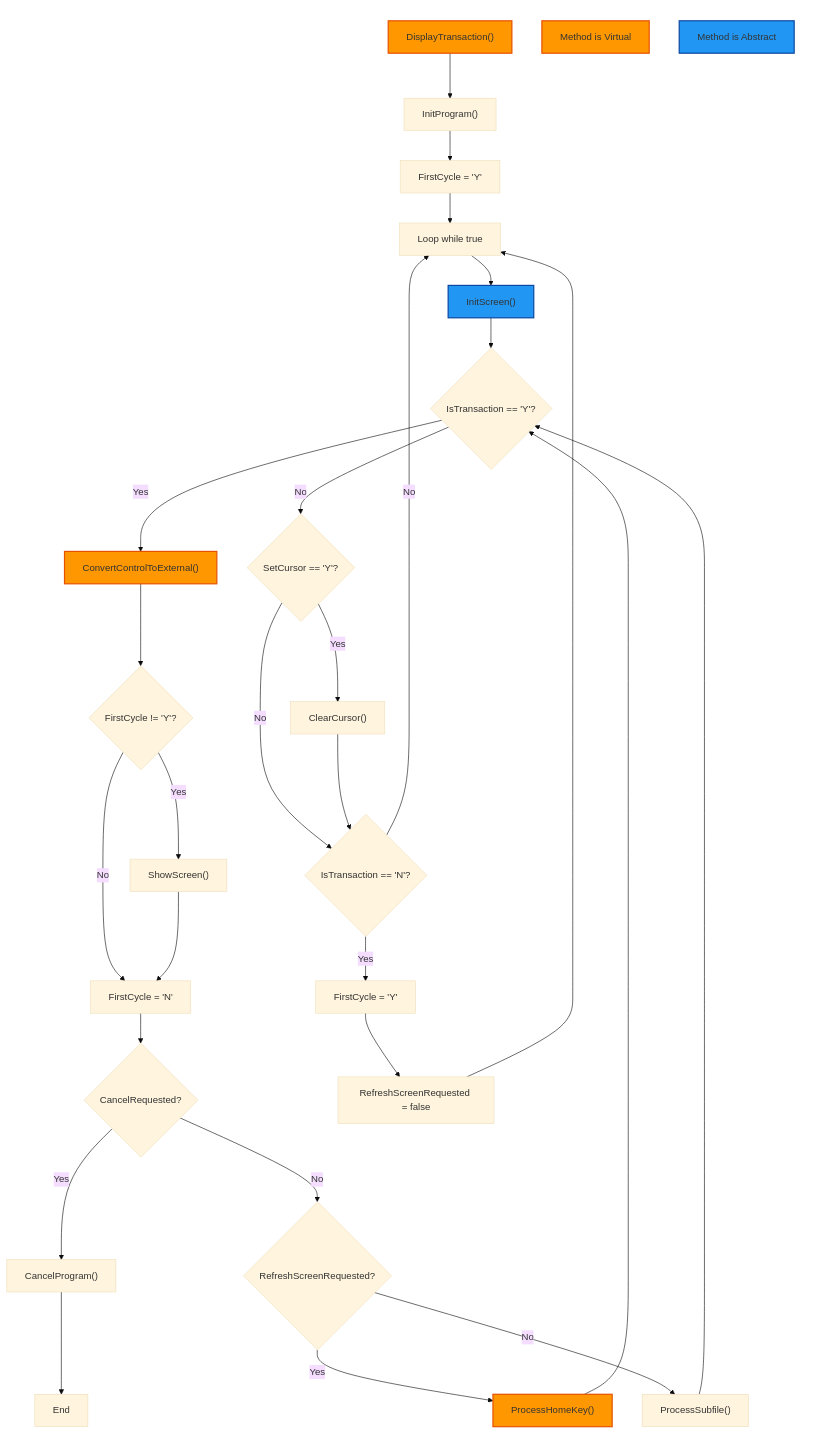
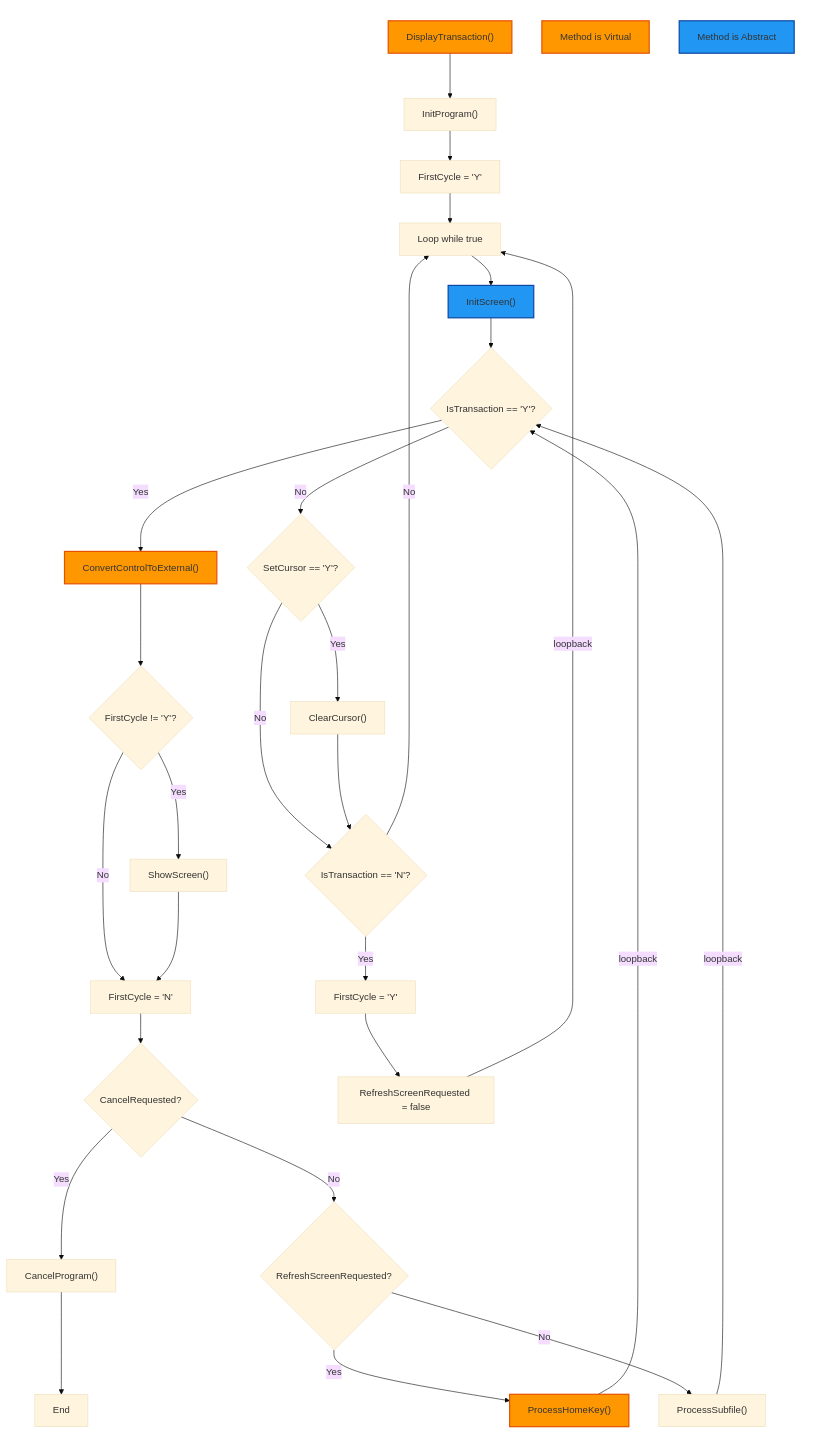
The first of 2 diagrams in manuals/escape/fx/display-transaction-function.md (asnaqsys/asnaqsys.github.io), drawn with Mermaid (base theme) before and after one commit. The commit also changed 4 other files, not shown here.

Commit message:
Simplify flowchart and label loopbacks.

```diff
--- a/manuals/escape/fx/display-transaction-function.md
+++ b/manuals/escape/fx/display-transaction-function.md
@@ -34,46 +34,46 @@
 <pre class="mermaid">
 
 flowchart TD
     A["DisplayTransaction()"] --> B["InitProgram()"]
     B --> C["FirstCycle = 'Y'"]
     C --> D["Loop while true"]
     D --> E["InitScreen()"]
     E --> F{"IsTransaction == 'Y'?"}
     F -->|Yes| G["ConvertControlToExternal()"]
     G --> H{"FirstCycle != 'Y'?"}
     H -->|Yes| I["ShowScreen()"]
     H -->|No| K
     I --> K["FirstCycle = 'N'"]
     K --> L{"CancelRequested?"}
     L -->|Yes| M["CancelProgram()"]
     L -->|No| N{"RefreshScreenRequested?"}
     N -->|Yes| O["ProcessHomeKey()"]
     N -->|No| P["ProcessSubfile()"]
-    O --> F
-    P --> F
+    O --> |loopback| F
+    P --> |loopback| F
     F -->|No| Q{"SetCursor == 'Y'?"}
     Q -->|Yes| R["ClearCursor()"]
     Q -->|No| S{"IsTransaction == 'N'?"}
     R --> S
     S -->|Yes| T["FirstCycle = 'Y'"]
     T --> U["RefreshScreenRequested = false"]
-    U --> D
+    U --> |loopback| D
     S -->|No| D
     M --> V["End"]
 
    subgraph subA [" "]
       A
       VirtualTag["Method is Virtual"]
       AbstractTag["Method is Abstract"]
       class VirtualTag virtual;
       class AbstractTag abstract;
    end
 
    classDef virtual fill:#ff9800,stroke:#e65100,stroke-width:2px;
    classDef abstract fill:#2196f3,stroke:#0d47a1,stroke-width:2px;
    classDef colorKey fill:transparent,stroke-width:0;
    class subA colorKey
 
     class A,G,O virtual;
     class E abstract;
 </pre>
```
